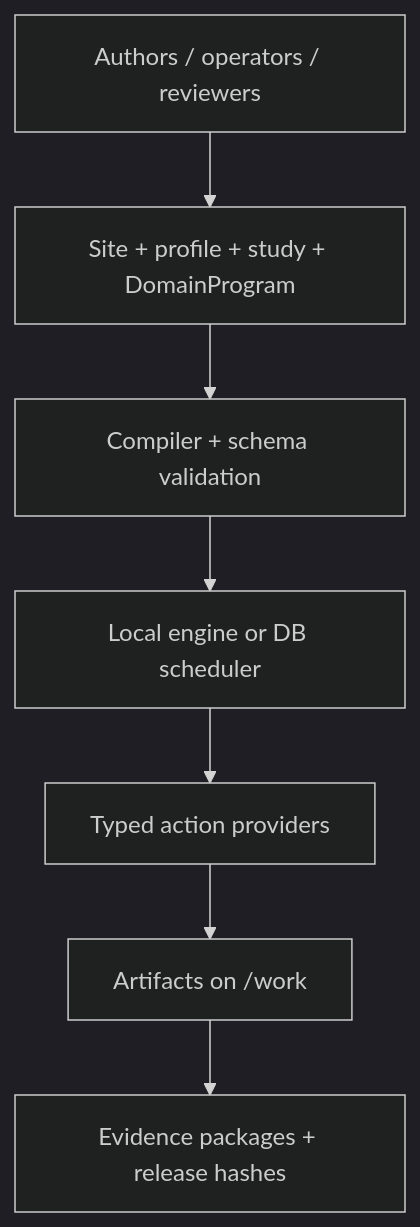
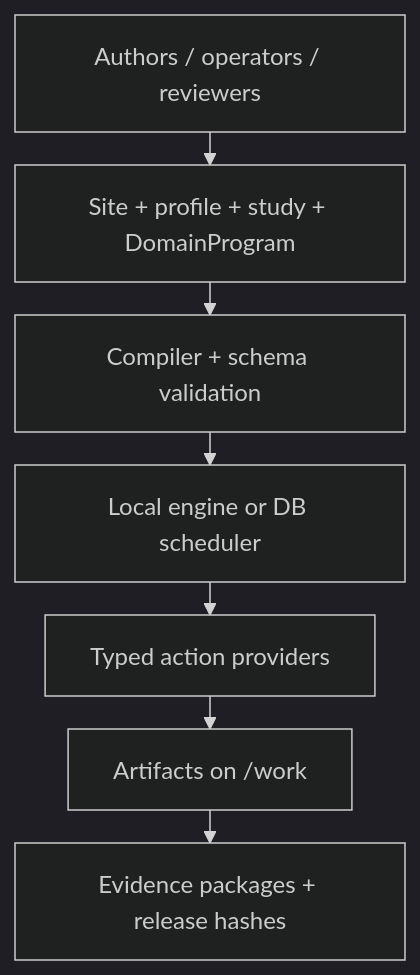
One commit to Goliath-Research/GoliathWorkflow changed the first of 9 diagrams in docs/overview/methylpipeline-platform-overview.md. Above: the diagram before and after it, drawn with Mermaid (dark theme). The commit also changed 2 other files, not shown here.

Commit message:
Enhance PDF generation and documentation clarity
- Updated the PDF generation process to improve Mermaid diagram rendering, ensuring diagrams fit within specified dimensions for better print quality.
- Revised documentation to clarify the new layout settings for Mermaid diagrams and the overall PDF generation workflow, including adjustments to the MkDocs configuration for improved clarity.

These changes aim to enhance the user experience and maintain high-quality documentation output in the MethylPipeline project.

````diff
--- a/docs/overview/methylpipeline-platform-overview.md
+++ b/docs/overview/methylpipeline-platform-overview.md
@@ -99,12 +99,13 @@
 ```mermaid
+%%{init: {"flowchart": {"htmlLabels": true, "nodeSpacing": 12, "rankSpacing": 22}}}%%
 flowchart TB
   users["Authors / operators / reviewers"]
   cfg["Site + profile + study + DomainProgram"]
   compile["Compiler + schema validation"]
   engine["Local engine or DB scheduler"]
   actions["Typed action providers"]
   artifacts["Artifacts on /work"]
   evidence["Evidence packages + release hashes"]
 
   users --> cfg --> compile --> engine --> actions --> artifacts --> evidence
 ```
````
